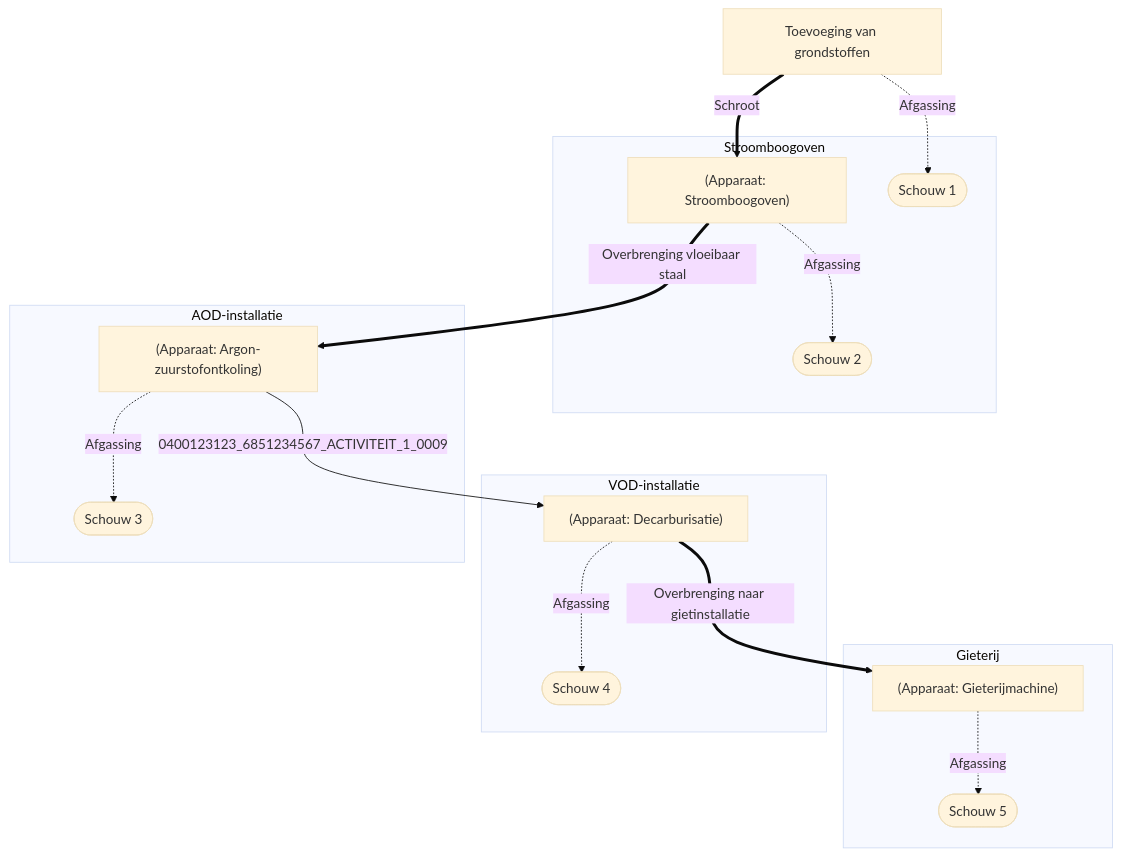
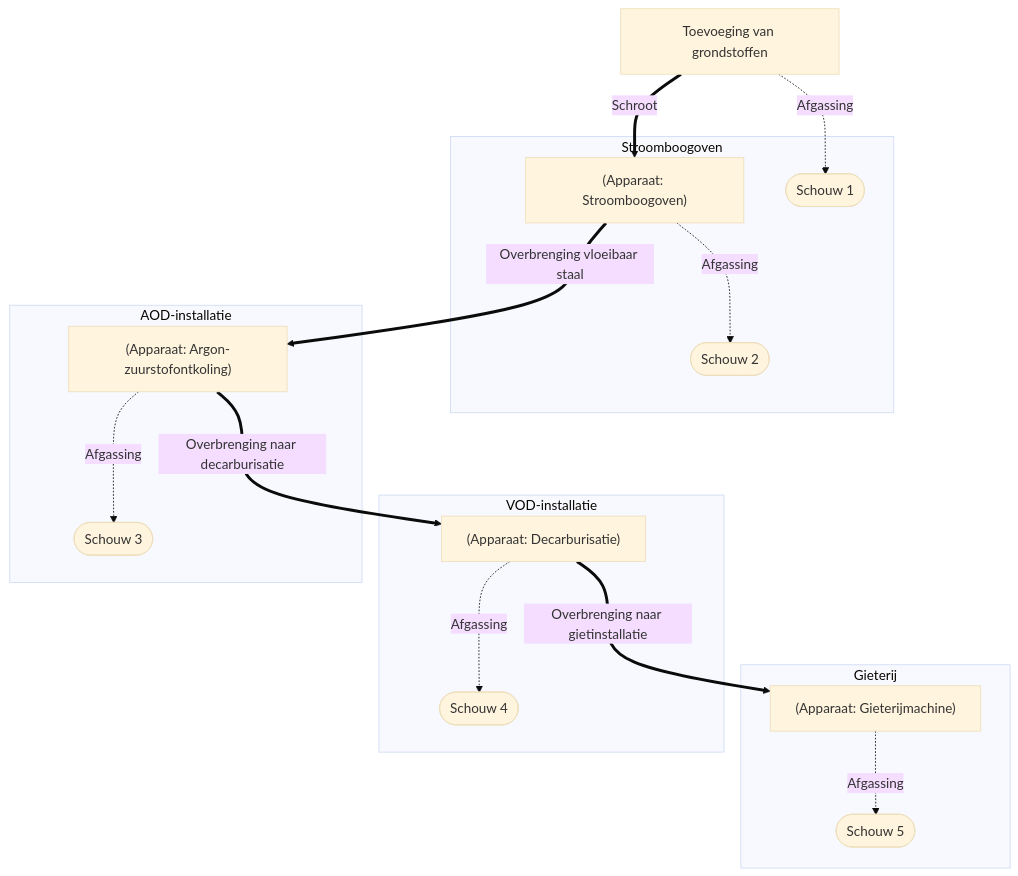
Before and after one commit to milieuinfo/RIE-IEPR: the diagram in documentatie/bin/activiteit-visualisatie/staalfabriek.mmd, drawn with Mermaid (base theme). The commit also changed 2 other files, not shown here.

Commit message:
fix: ontbrekende 'overbrenging' stap

```diff
--- a/documentatie/bin/activiteit-visualisatie/staalfabriek.mmd
+++ b/documentatie/bin/activiteit-visualisatie/staalfabriek.mmd
@@ -1,38 +1,38 @@
 flowchart TD
     step0["Toevoeging van grondstoffen"]
     step3["(Apparaat: Stroomboogoven)"]
     step6["(Apparaat: Argon-zuurstofontkoling)"]
-    step8["(Apparaat: Decarburisatie)"]
-    step11["(Apparaat: Gieterijmachine)"]
+    step9["(Apparaat: Decarburisatie)"]
+    step12["(Apparaat: Gieterijmachine)"]
     emissiepunt0(["Schouw 1"])
     emissiepunt1(["Schouw 2"])
     emissiepunt2(["Schouw 3"])
     emissiepunt3(["Schouw 4"])
     emissiepunt4(["Schouw 5"])
     subgraph Stroomboogoven
         emissiepunt0
         step3
         emissiepunt1
     end
     subgraph Gieterij
-        step11
+        step12
         emissiepunt4
     end
     subgraph VOD-installatie
-        step8
+        step9
         emissiepunt3
     end
     subgraph AOD-installatie
         step6
         emissiepunt2
     end
 
     step0 -.->|Afgassing| emissiepunt0
     step0 ==>|Schroot| step3
     step3 -.->|Afgassing| emissiepunt1
     step3 ==>|Overbrenging vloeibaar staal| step6
     step6 -.->|Afgassing| emissiepunt2
-    step6 -->|0400123123_6851234567_ACTIVITEIT_1_0009| step8
-    step8 -.->|Afgassing| emissiepunt3
-    step8 ==>|Overbrenging naar gietinstallatie| step11
-    step11 -.->|Afgassing| emissiepunt4
+    step6 ==>|Overbrenging naar decarburisatie| step9
+    step9 -.->|Afgassing| emissiepunt3
+    step9 ==>|Overbrenging naar gietinstallatie| step12
+    step12 -.->|Afgassing| emissiepunt4
```
